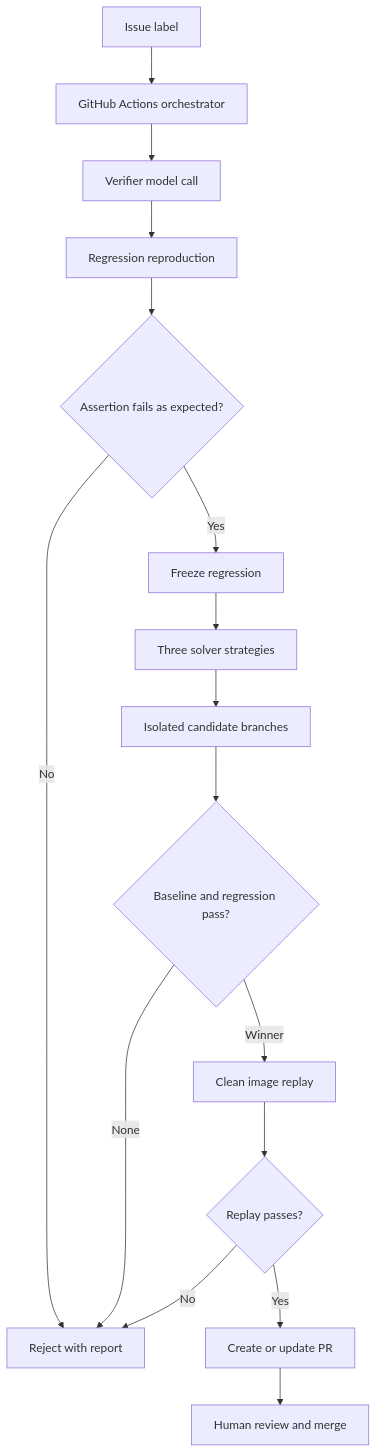
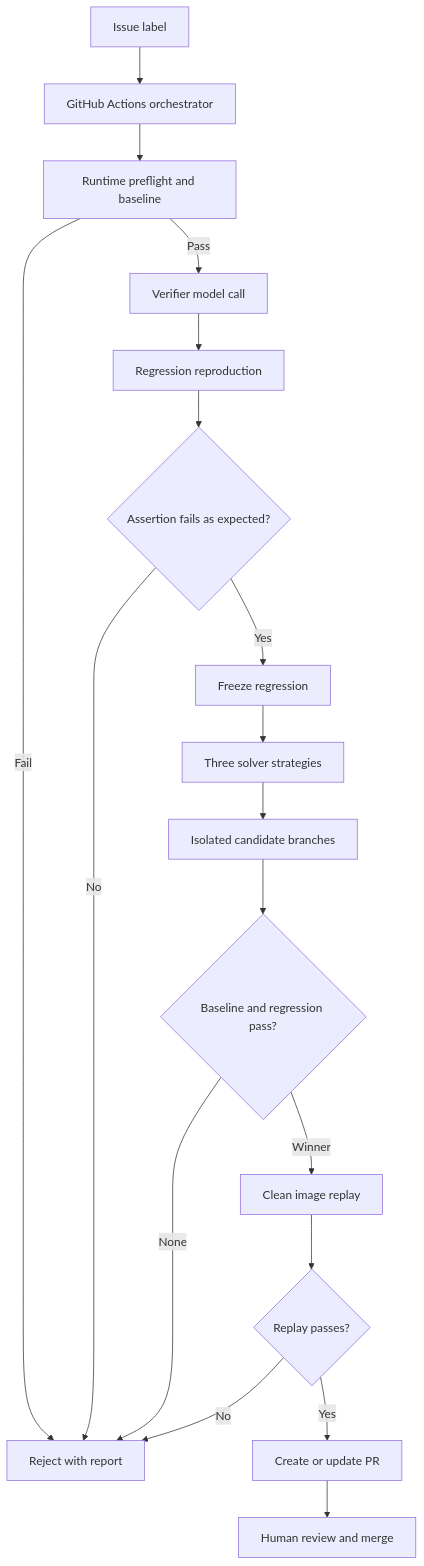
Before and after one commit to creatoropener/shadow-patch: the diagram in docs/ARCHITECTURE.md, drawn with Mermaid. The commit also changed other lines of this file and 13 other files, not shown here.

````diff
--- a/docs/ARCHITECTURE.md
+++ b/docs/ARCHITECTURE.md
@@ -5,18 +5,20 @@
 ```mermaid
 flowchart TD
   A[Issue label] --> B[GitHub Actions orchestrator]
-  B --> C[Verifier model call]
+  B --> P[Runtime preflight and baseline]
+  P -->|Fail| X[Reject with report]
+  P -->|Pass| C[Verifier model call]
   C --> D[Regression reproduction]
   D --> E{Assertion fails as expected?}
   E -->|No| X[Reject with report]
   E -->|Yes| F[Freeze regression]
   F --> G[Three solver strategies]
   G --> H[Isolated candidate branches]
   H --> I{Baseline and regression pass?}
   I -->|None| X
   I -->|Winner| J[Clean image replay]
   J --> K{Replay passes?}
   K -->|No| X
   K -->|Yes| L[Create or update PR]
   L --> M[Human review and merge]
 ```
````
